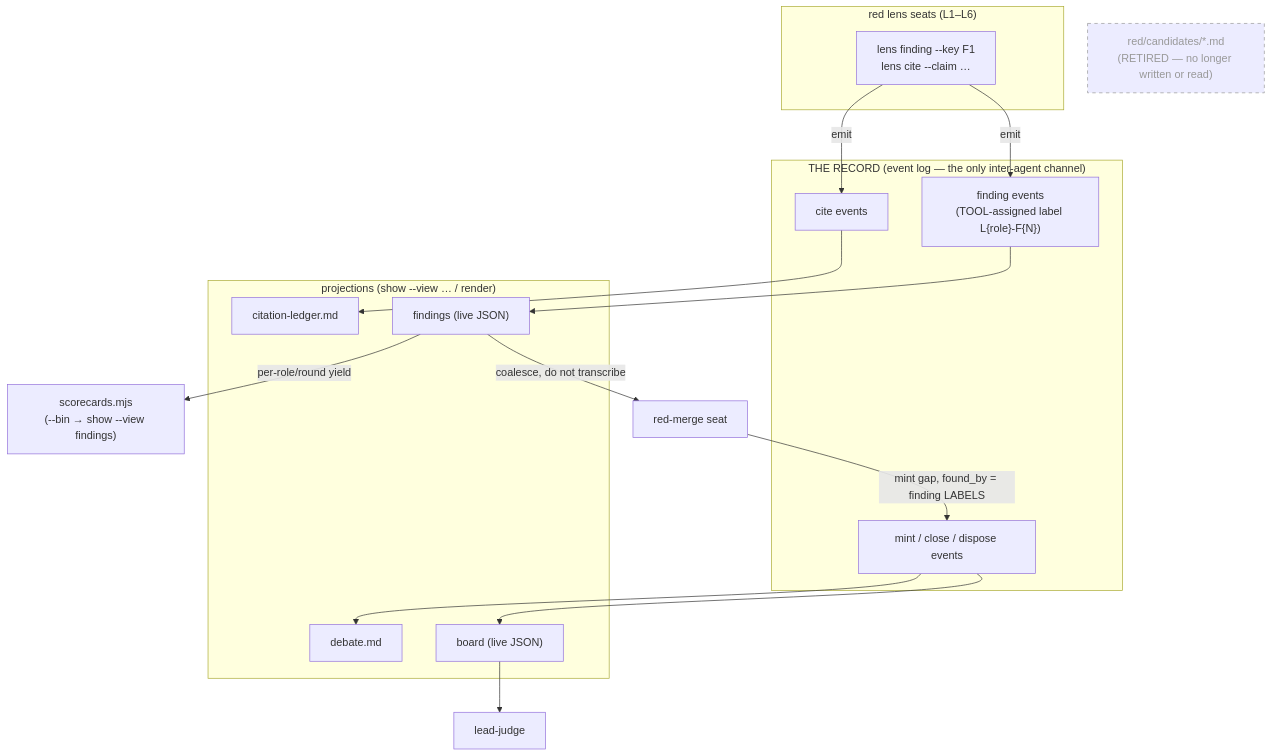
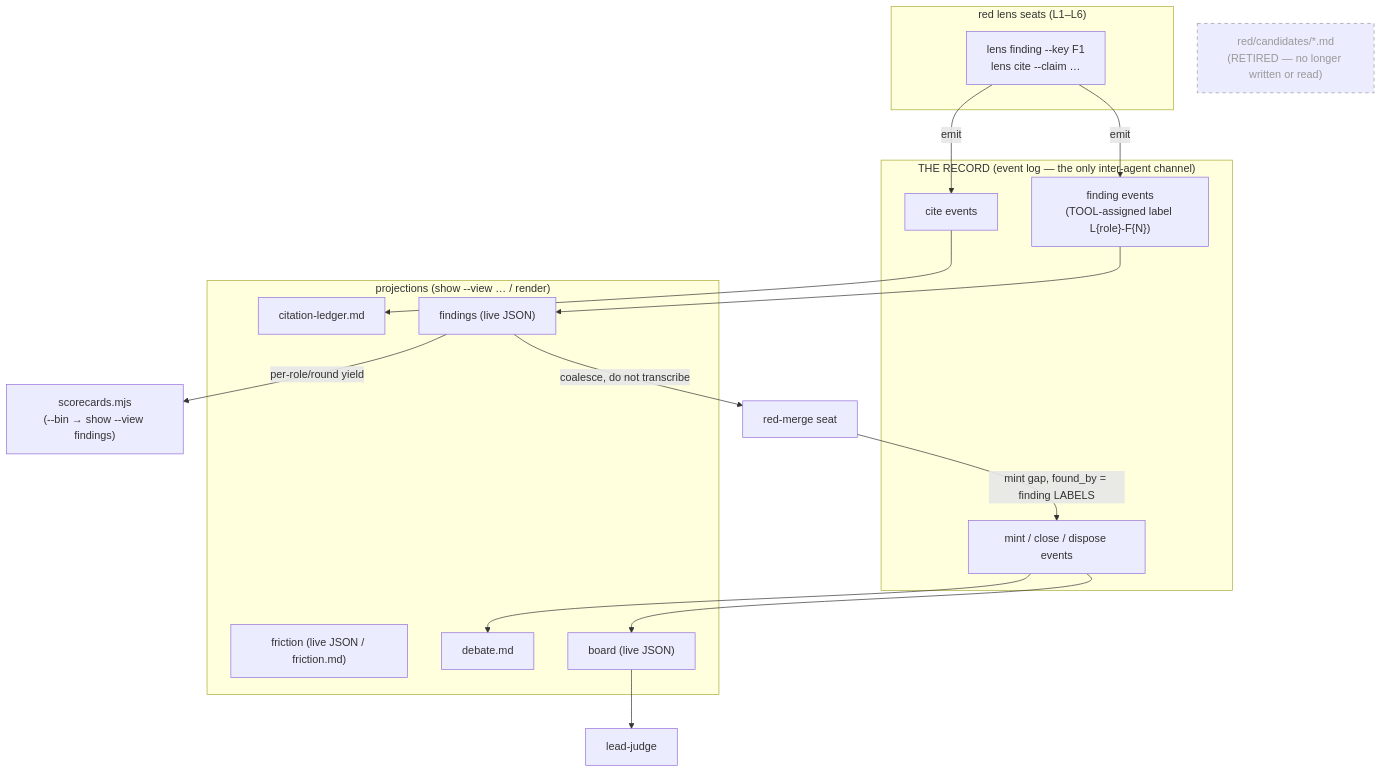
Before and after one commit to ctoforaday/special-circumstances: the diagram in plugins/frank-exchange-of-views/docs/record-flow.md, drawn with Mermaid. The commit also changed 34 other files, not shown here.

````diff
--- a/plugins/frank-exchange-of-views/docs/record-flow.md
+++ b/plugins/frank-exchange-of-views/docs/record-flow.md
@@ -11,35 +11,36 @@
 ```mermaid
 flowchart TB
   subgraph lenses["red lens seats (L1–L6)"]
     L["lens finding --key F1<br/>lens cite --claim …"]
   end
   subgraph record["THE RECORD (event log — the only inter-agent channel)"]
     FE["finding events<br/>(TOOL-assigned label L{role}-F{N})"]
     CE["cite events"]
     ME["mint / close / dispose events"]
   end
   subgraph views["projections (show --view … / render)"]
     FV["findings (live JSON)"]
     CL["citation-ledger.md"]
+    FR["friction (live JSON / friction.md)"]
     BD["board (live JSON)"]
     DBT["debate.md"]
   end
   merge["red-merge seat"]
   score["scorecards.mjs<br/>(--bin → show --view findings)"]
   bench["lead-judge"]
 
   L -->|emit| FE
   L -->|emit| CE
   FE --> FV
   CE --> CL
   ME --> BD
   FV -->|coalesce, do not transcribe| merge
   merge -->|mint gap, found_by = finding LABELS| ME
   FV -->|per-role/round yield| score
   BD --> bench
   ME --> DBT
 
   X["red/candidates/*.md<br/>(RETIRED — no longer written or read)"]
   class X retired
   classDef retired stroke-dasharray:5 5,color:#999,stroke:#999
 ```
````
